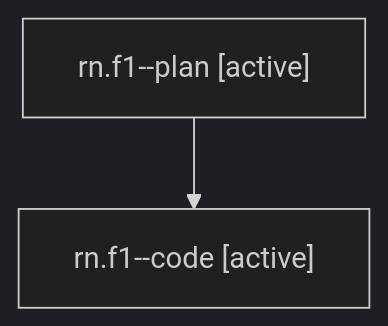
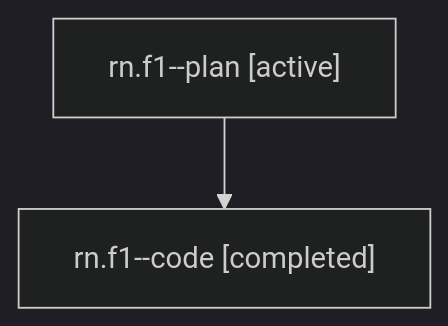
Before and after one commit to sase-org/sase--agents: the diagram in families/bbugyi200.athena.rn.f1.md, drawn with Mermaid (dark theme). The commit also changed other lines of this file and 5813 other files, not shown here.

````diff
--- a/families/bbugyi200.athena.rn.f1.md
+++ b/families/bbugyi200.athena.rn.f1.md
@@ -9,6 +9,6 @@
 ```mermaid
 flowchart TD
   n0["rn.f1--plan [active]"]
-  n1["rn.f1--code [active]"]
+  n1["rn.f1--code [completed]"]
   n0 --> n1
 ```
````
